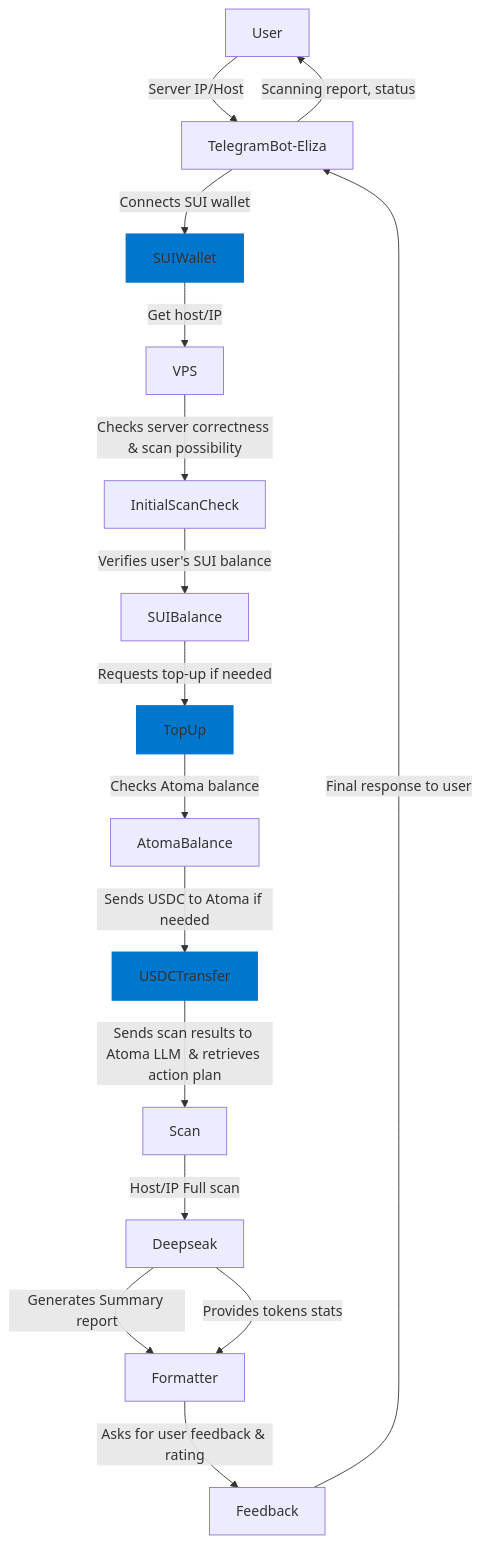
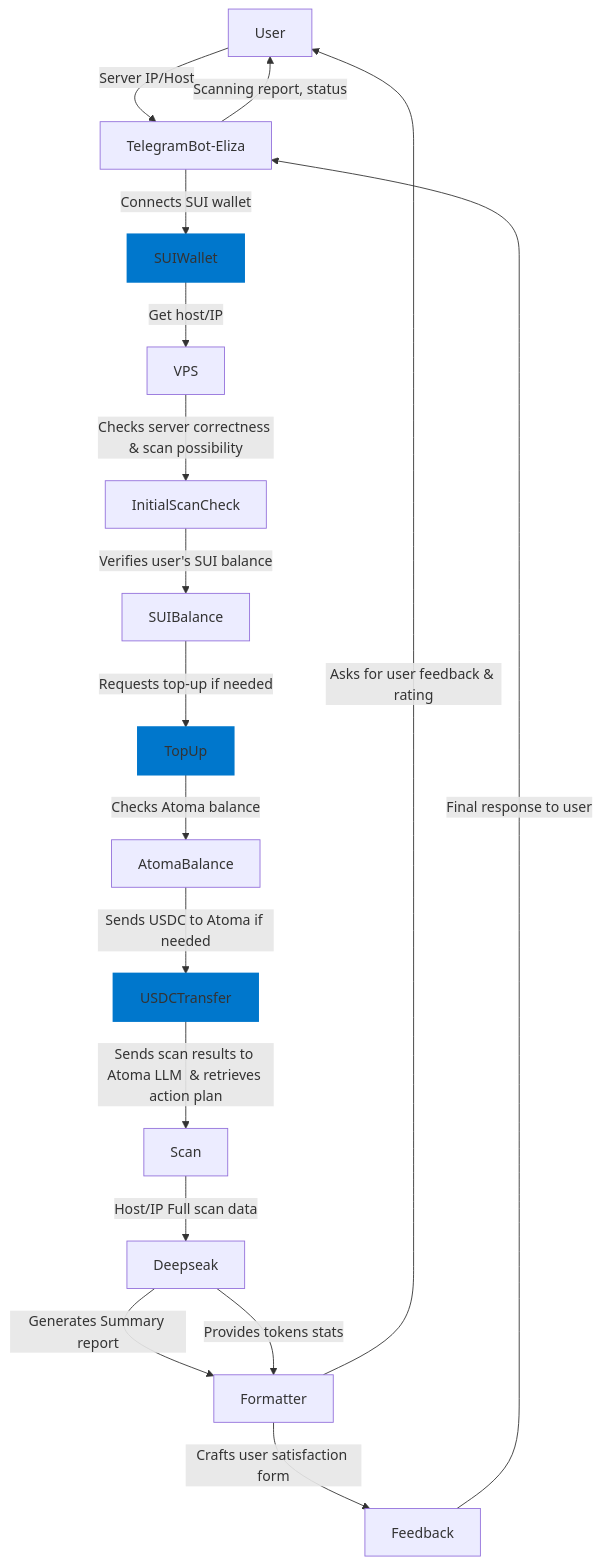
The diagram in README.md (GanAIWeb3Club/Alberta-Assistant), drawn with Mermaid before and after one commit. The commit also changed other lines of this file, not shown here.

````diff
--- a/README.md
+++ b/README.md
@@ -31,24 +30,25 @@
 ```mermaid
 graph TD;
     User-->| Server IP/Host | TelegramBot-Eliza
     TelegramBot-Eliza -->|Connects SUI wallet| SUIWallet
     SUIWallet -->|Get host/IP| VPS
     VPS -->|Checks server correctness & scan possibility| InitialScanCheck
     InitialScanCheck -->|Verifies user's SUI balance| SUIBalance
     SUIBalance -->|Requests top-up if needed| TopUp
     TopUp -->|Checks Atoma balance| AtomaBalance
     AtomaBalance -->|Sends USDC to Atoma if needed| USDCTransfer
     USDCTransfer -->|Sends scan results to Atoma LLM  & retrieves action plan| Scan
-    Scan -->|Host/IP Full scan| Deepseak
+    Scan -->|Host/IP Full scan data| Deepseak
     Deepseak -->|Generates Summary report| Formatter
     Deepseak -->|Provides tokens stats| Formatter
-    Formatter -->|Asks for user feedback & rating | Feedback
+    Formatter -->|Asks for user feedback & rating | User
+    Formatter -->|Crafts user satisfaction form | Feedback
     Feedback -->|Final response to user| TelegramBot-Eliza
     TelegramBot-Eliza -->|Scanning report, status| User
 
   %% Highlight nodes with "To be implemented" in blue
     style SUIWallet fill:#0077CC,stroke:#0077CC,stroke-width:2px
     style TopUp fill:#0077CC,stroke:#0077CC,stroke-width:2px
     style USDCTransfer fill:#0077CC,stroke:#0077CC,stroke-width:2px
 
 ```
````
